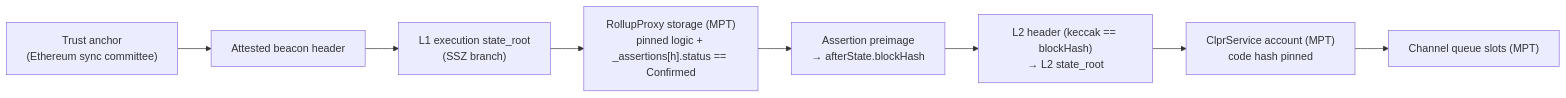
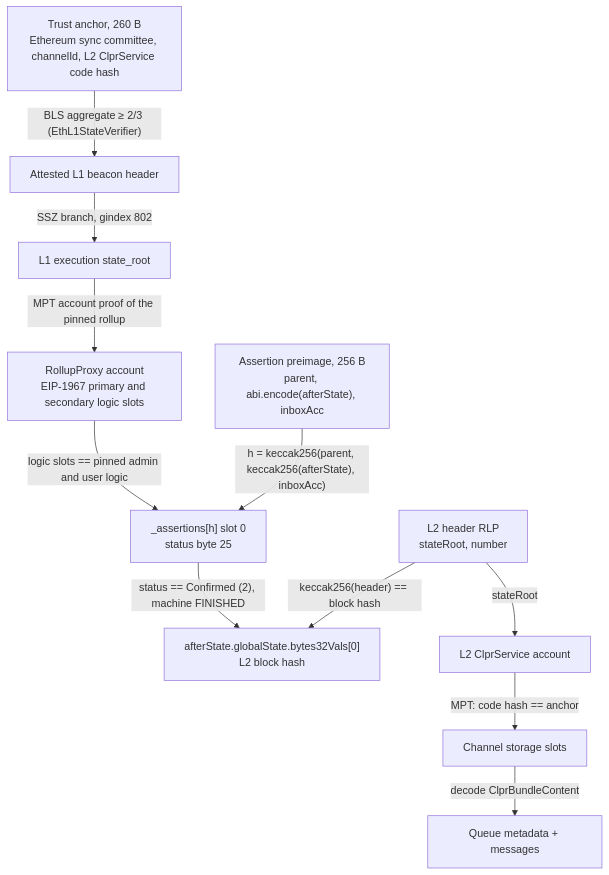
Before and after one commit to shayansal/clpr-smart-contracts: the first of 2 diagrams in src/verifiers/evm/arbitrum/README.md, drawn with Mermaid. The commit also changed other lines of this file, not shown here.

First line of the commit message:
docs(arbitrum-verifier): bring the README up to the verifier README standard

````diff
--- a/src/verifiers/evm/arbitrum/README.md
+++ b/src/verifiers/evm/arbitrum/README.md
@@ -12,10 +32,25 @@
 ```mermaid
-flowchart LR
-    A["Trust anchor<br/>(Ethereum sync committee)"] --> B["Attested beacon header"]
-    B --> C["L1 execution state_root<br/>(SSZ branch)"]
-    C --> D["RollupProxy storage (MPT)<br/>pinned logic + _assertions[h].status == Confirmed"]
-    D --> E["Assertion preimage<br/>→ afterState.blockHash"]
-    E --> F["L2 header (keccak == blockHash)<br/>→ L2 state_root"]
-    F --> G["ClprService account (MPT)<br/>code hash pinned"]
-    G --> H["Channel queue slots (MPT)"]
+flowchart TD
+    TA["Trust anchor, 260 B<br/>Ethereum sync committee, channelId, L2 ClprService code hash"]
+    BH["Attested L1 beacon header"]
+    L1["L1 execution state_root"]
+    RP["RollupProxy account<br/>EIP-1967 primary and secondary logic slots"]
+    AS["_assertions[h] slot 0<br/>status byte 25"]
+    PRE["Assertion preimage, 256 B<br/>parent, abi.encode(afterState), inboxAcc"]
+    BHASH["afterState.globalState.bytes32Vals[0]<br/>L2 block hash"]
+    HDR["L2 header RLP<br/>stateRoot, number"]
+    L2["L2 ClprService account"]
+    SLOTS["Channel storage slots"]
+    QM["Queue metadata + messages"]
+
+    TA -- "BLS aggregate ≥ 2/3 (EthL1StateVerifier)" --> BH
+    BH -- "SSZ branch, gindex 802" --> L1
+    L1 -- "MPT account proof of the pinned rollup" --> RP
+    RP -- "logic slots == pinned admin and user logic" --> AS
+    PRE -- "h = keccak256(parent, keccak256(afterState), inboxAcc)" --> AS
+    AS -- "status == Confirmed (2), machine FINISHED" --> BHASH
+    HDR -- "keccak256(header) == block hash" --> BHASH
+    HDR -- "stateRoot" --> L2
+    L2 -- "MPT: code hash == anchor" --> SLOTS
+    SLOTS -- "decode ClprBundleContent" --> QM
 ```
````
